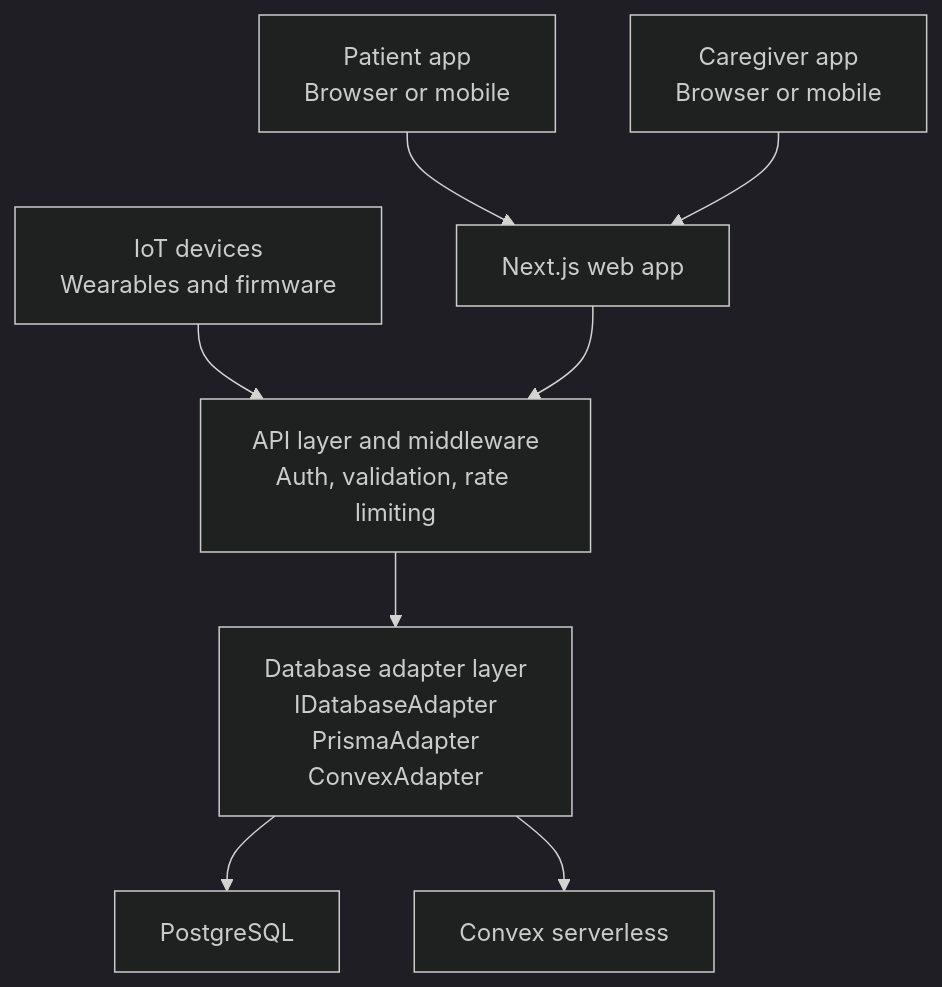
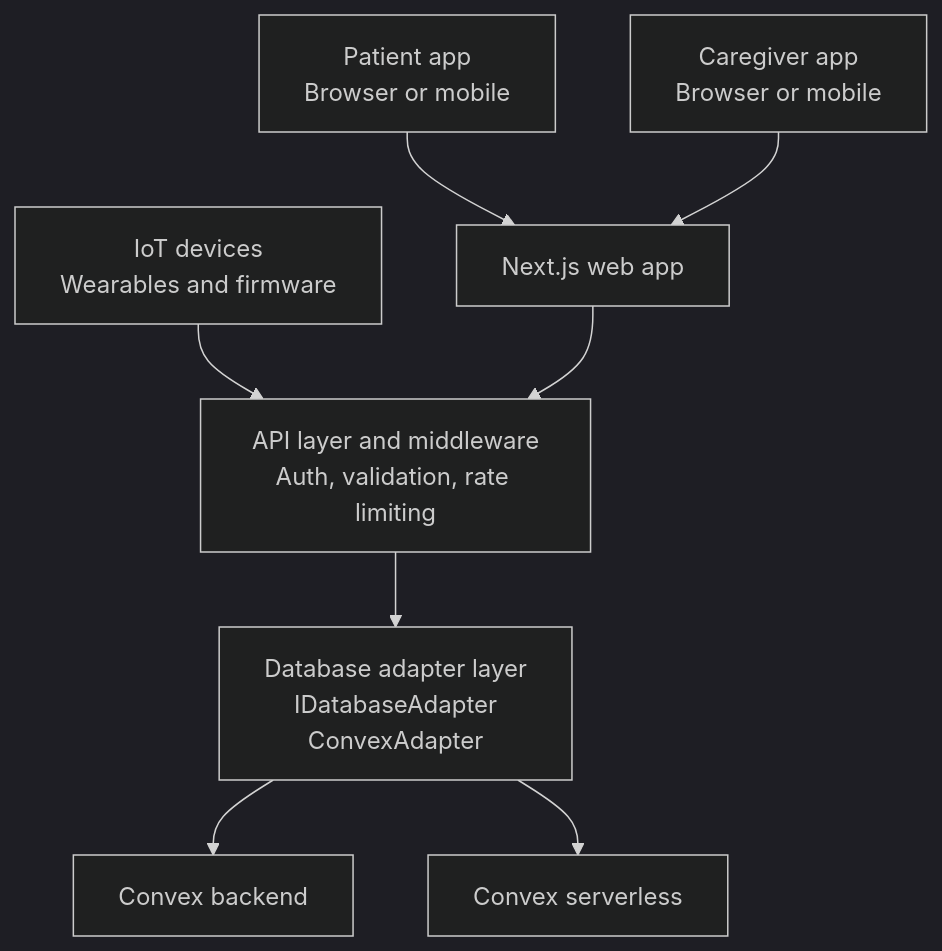
The first of 5 diagrams in content/docs/architecture/index.mdx (Smart-Fall/Software), drawn with Mermaid (dark theme) before and after one commit. The commit also changed other lines of this file and 9 other files, not shown here.

First line of the commit message:
Finish removing Prisma and PostgreSQL from the docs

````diff
--- a/content/docs/architecture/index.mdx
+++ b/content/docs/architecture/index.mdx
@@ -12,10 +12,10 @@
 ```mermaid
 flowchart TD
       P[Patient app\nBrowser or mobile] --> A[Next.js web app]
       C[Caregiver app\nBrowser or mobile] --> A
       I[IoT devices\nWearables and firmware] --> M
       A --> M[API layer and middleware\nAuth, validation, rate limiting]
-      M --> D[Database adapter layer\nIDatabaseAdapter\nPrismaAdapter\nConvexAdapter]
-      D --> PG[PostgreSQL]
+      M --> D[Database adapter layer\nIDatabaseAdapter\nConvexAdapter]
+      D --> PG[Convex backend]
       D --> CV[Convex serverless]
 ```
````
